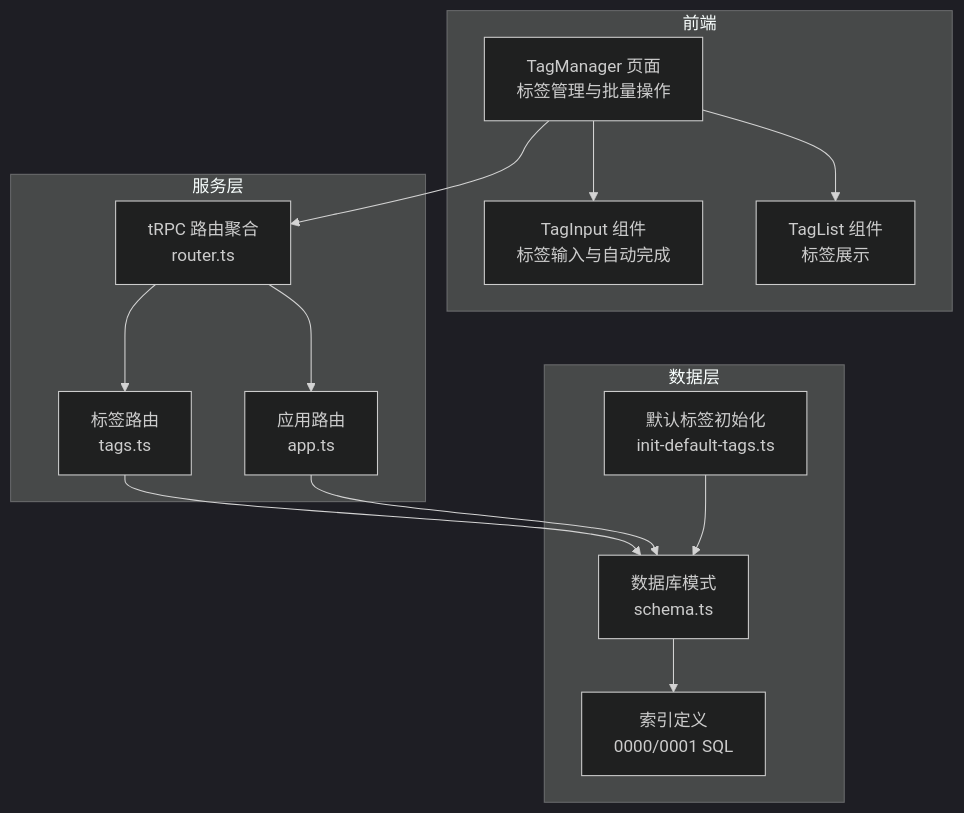
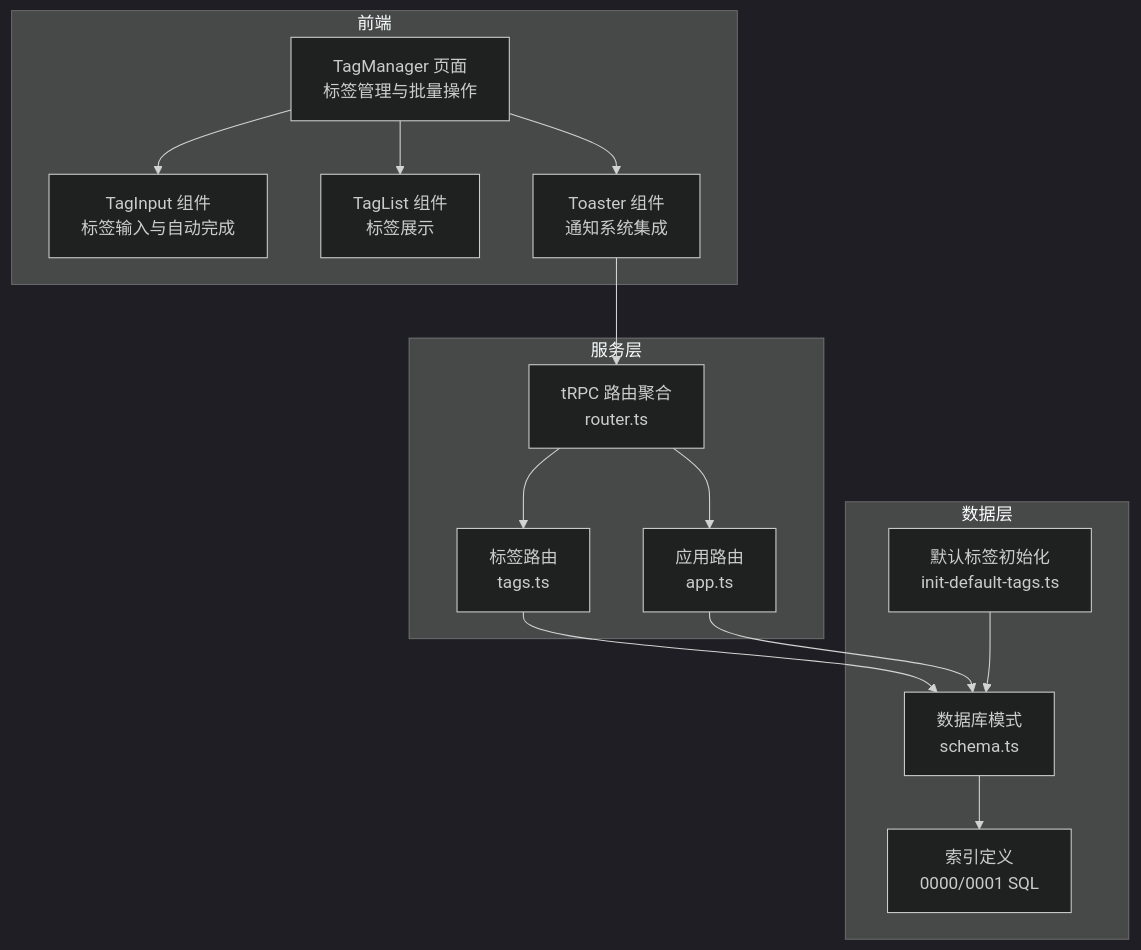
Before and after one commit to RadiumAg/image-saas: the first of 10 diagrams in .qoder/repowiki/zh/content/核心功能模块/标签管理系统.md, drawn with Mermaid (dark theme). The commit also changed other lines of this file and 4 other files, not shown here.

````diff
--- a/.qoder/repowiki/zh/content/核心功能模块/标签管理系统.md
+++ b/.qoder/repowiki/zh/content/核心功能模块/标签管理系统.md
@@ -53,27 +53,29 @@
 ```mermaid
 graph TB
 subgraph "前端"
 UI_TagInput["TagInput 组件<br/>标签输入与自动完成"]
 UI_TagList["TagList 组件<br/>标签展示"]
 UI_Page["TagManager 页面<br/>标签管理与批量操作"]
+UI_Toaster["Toaster 组件<br/>通知系统集成"]
 end
 subgraph "服务层"
 TRPC_Router["tRPC 路由聚合<br/>router.ts"]
 Tags_API["标签路由<br/>tags.ts"]
 Apps_API["应用路由<br/>app.ts"]
 end
 subgraph "数据层"
 DB_Schema["数据库模式<br/>schema.ts"]
 DB_Indexes["索引定义<br/>0000/0001 SQL"]
 Init_Script["默认标签初始化<br/>init-default-tags.ts"]
 end
 UI_Page --> UI_TagInput
 UI_Page --> UI_TagList
-UI_Page --> TRPC_Router
+UI_Page --> UI_Toaster
+UI_Toaster --> TRPC_Router
 TRPC_Router --> Tags_API
 TRPC_Router --> Apps_API
 Tags_API --> DB_Schema
 Apps_API --> DB_Schema
 DB_Schema --> DB_Indexes
 Init_Script --> DB_Schema
 ```
````
